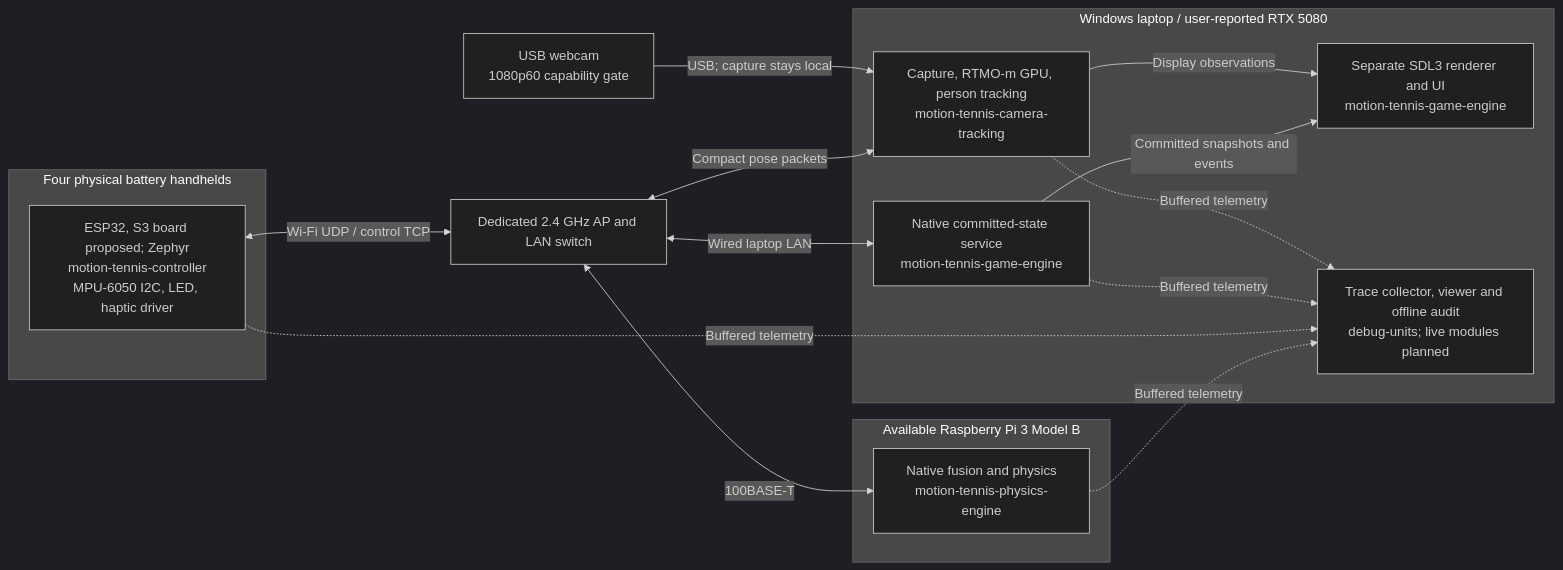
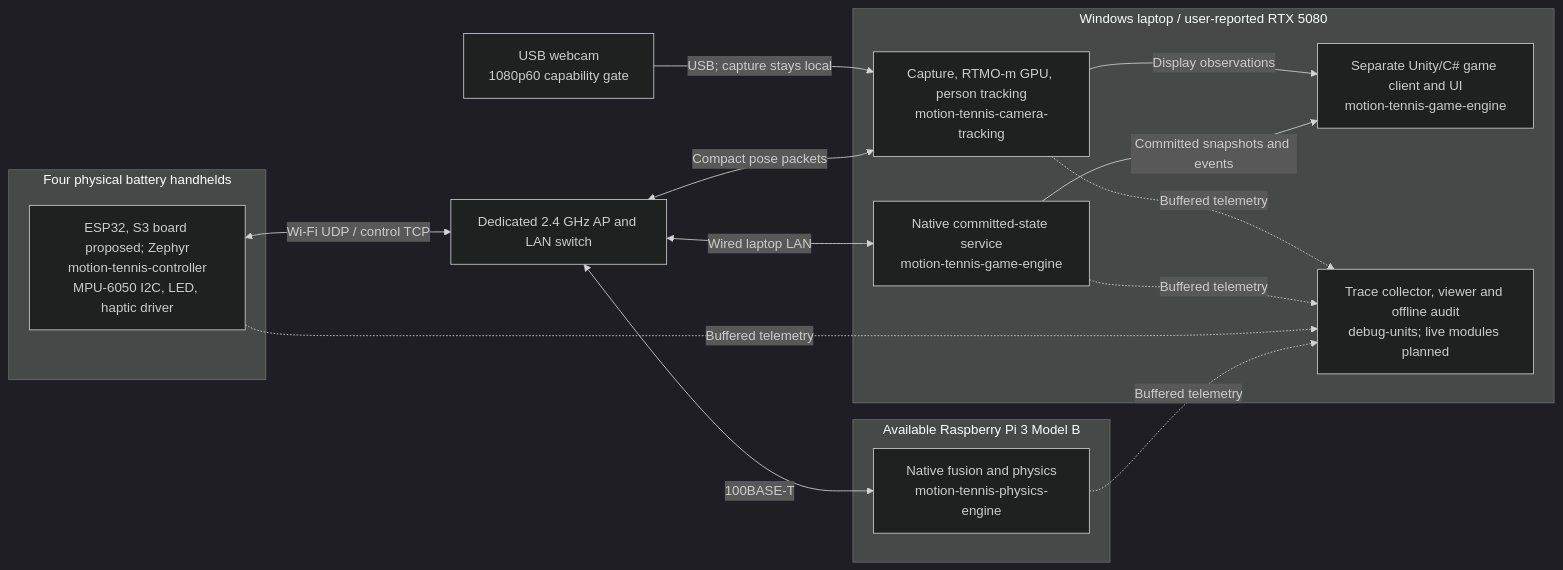
Before and after one commit to motion-tennis/documentation: the first of 3 diagrams in docs/architecture.md, drawn with Mermaid (dark theme). The commit also changed other lines of this file and 13 other files, not shown here.

Commit message:
docs: select Unity for game rendering and UI

````diff
--- a/docs/architecture.md
+++ b/docs/architecture.md
@@ -15,28 +15,28 @@
 ```mermaid
 flowchart LR
     subgraph hands["Four physical battery handhelds"]
         C["ESP32, S3 board proposed; Zephyr<br/>motion-tennis-controller<br/>MPU-6050 I2C, LED, haptic driver"]
     end
     AP["Dedicated 2.4 GHz AP and LAN switch"]
     CAM["USB webcam<br/>1080p60 capability gate"]
     subgraph pi["Available Raspberry Pi 3 Model B"]
         P["Native fusion and physics<br/>motion-tennis-physics-engine"]
     end
     subgraph pc["Windows laptop / user-reported RTX 5080"]
         T["Capture, RTMO-m GPU, person tracking<br/>motion-tennis-camera-tracking"]
         G["Native committed-state service<br/>motion-tennis-game-engine"]
-        R["Separate SDL3 renderer and UI<br/>motion-tennis-game-engine"]
+        R["Separate Unity/C# game client and UI<br/>motion-tennis-game-engine"]
         D["Trace collector, viewer and offline audit<br/>debug-units; live modules planned"]
     end
     C <-->|"Wi-Fi UDP / control TCP"| AP
     AP <-->|"100BASE-T"| P
     AP <-->|"Wired laptop LAN"| G
     AP <-->|"Compact pose packets"| T
     CAM -->|"USB; capture stays local"| T
     G -->|"Committed snapshots and events"| R
     T -->|"Display observations"| R
     P -.->|"Buffered telemetry"| D
     C -.->|"Buffered telemetry"| D
     G -.->|"Buffered telemetry"| D
     T -.->|"Buffered telemetry"| D
 ```
````
